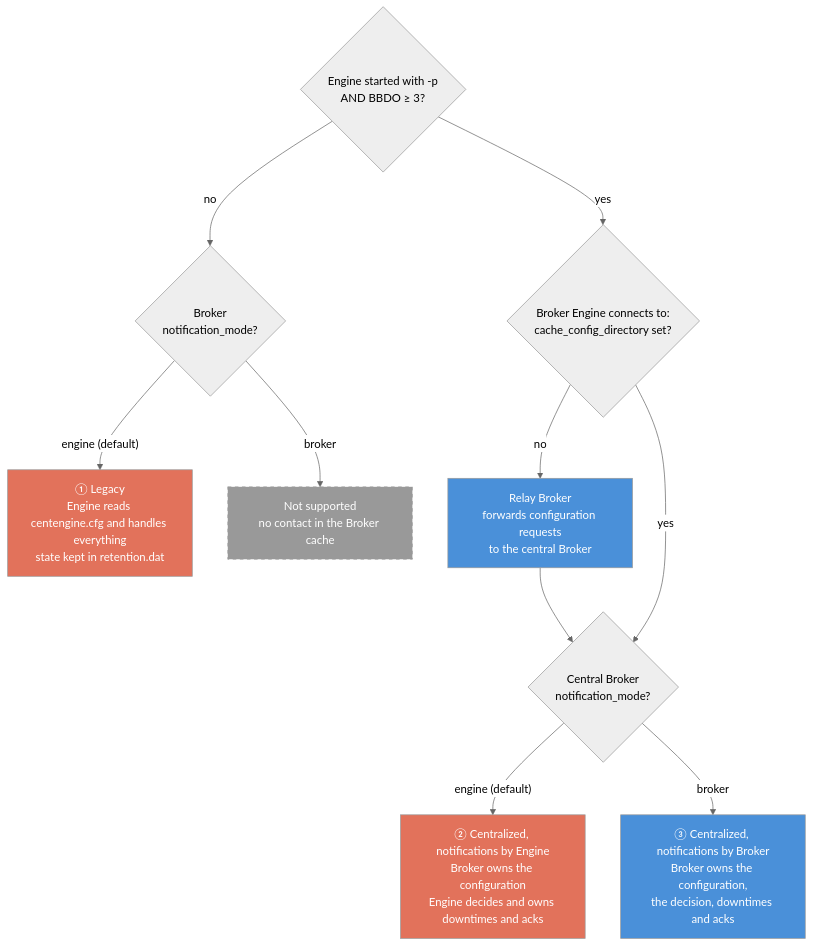
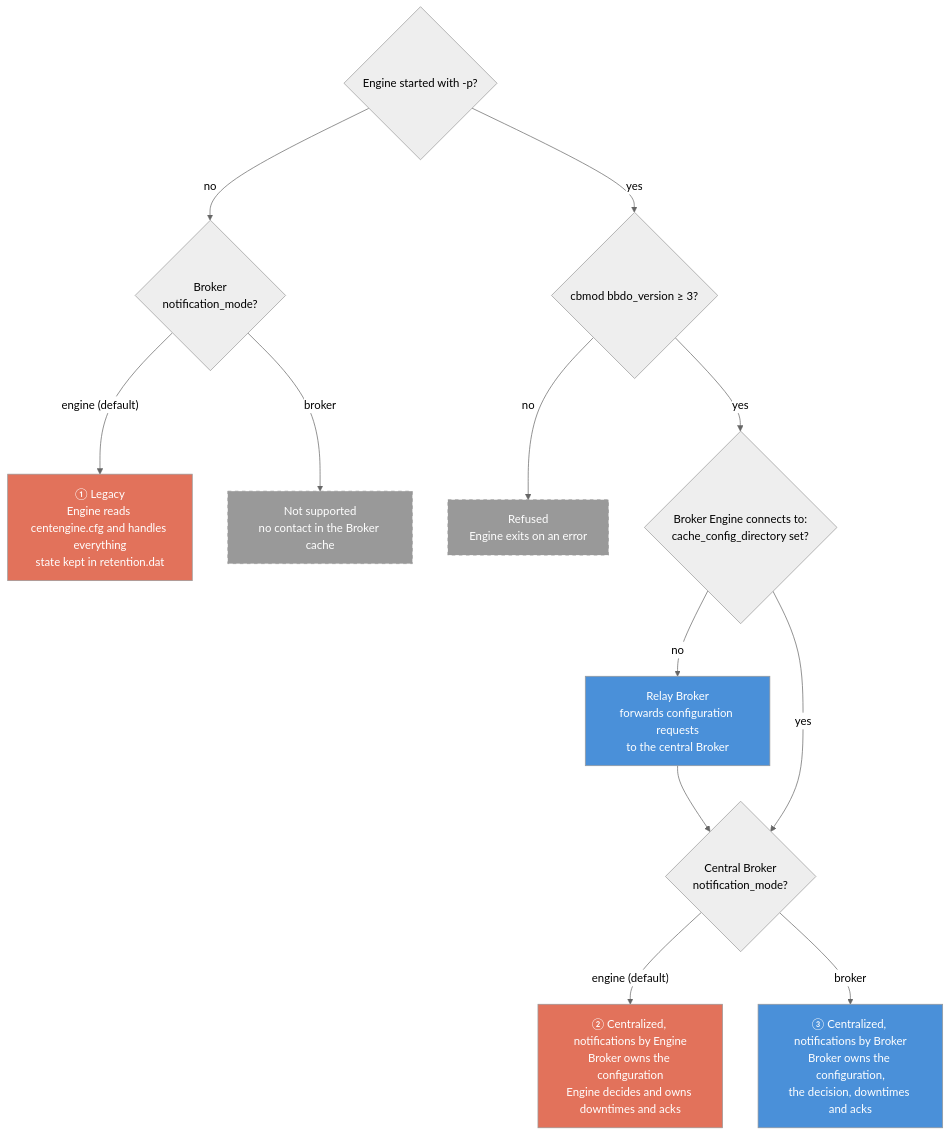
Before and after one commit to centreon/centreon-collect: the second of 50 diagrams in doc/nego-engine-broker-en.md, drawn with Mermaid (neutral theme). The commit also changed other lines of this file and 1 other file, not shown here.

Commit message:
chore(doc): nego-engine-broker updated

````diff
--- a/doc/nego-engine-broker-en.md
+++ b/doc/nego-engine-broker-en.md
@@ -368,17 +372,19 @@
 ```mermaid
 flowchart TD
     classDef engine fill:#e2725b,color:#fff;
     classDef broker fill:#4a90d9,color:#fff;
     classDef ko fill:#999,color:#fff,stroke-dasharray: 5 5;
 
-    Q1{"Engine started with -p<br/>AND BBDO ≥ 3?"}
+    Q1{"Engine started with -p?"}
     Q1 -- "no" --> QL{"Broker<br/>notification_mode?"}
     QL -- "engine (default)" --> C1["① Legacy<br/>Engine reads centengine.cfg and handles everything<br/>state kept in retention.dat"]:::engine
     QL -- "broker" --> KO["Not supported<br/>no contact in the Broker cache"]:::ko
-    Q1 -- "yes" --> Q2{"Broker Engine connects to:<br/>cache_config_directory set?"}
+    Q1 -- "yes" --> QB{"cbmod bbdo_version ≥ 3?"}
+    QB -- "no" --> REFUSED["Refused<br/>Engine exits on an error"]:::ko
+    QB -- "yes" --> Q2{"Broker Engine connects to:<br/>cache_config_directory set?"}
     Q2 -- "no" --> RELAY["Relay Broker<br/>forwards configuration requests<br/>to the central Broker"]:::broker
     RELAY --> Q3
     Q2 -- "yes" --> Q3{"Central Broker<br/>notification_mode?"}
     Q3 -- "engine (default)" --> C2["② Centralized, notifications by Engine<br/>Broker owns the configuration<br/>Engine decides and owns downtimes and acks"]:::engine
     Q3 -- "broker" --> C3["③ Centralized, notifications by Broker<br/>Broker owns the configuration,<br/>the decision, downtimes and acks"]:::broker
 ```
````
